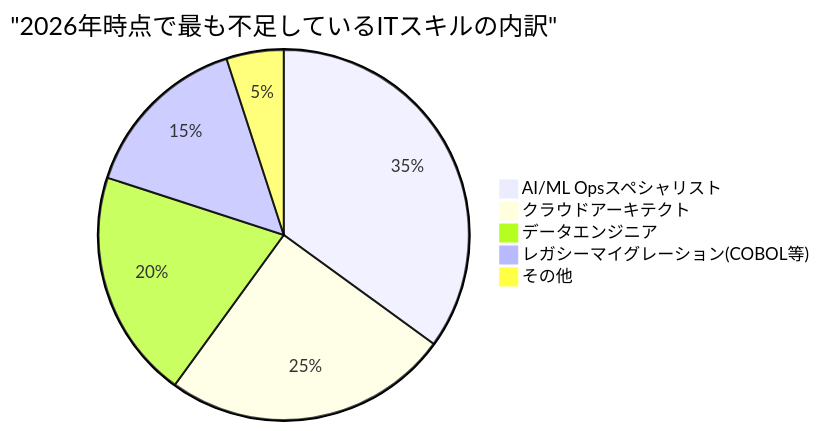
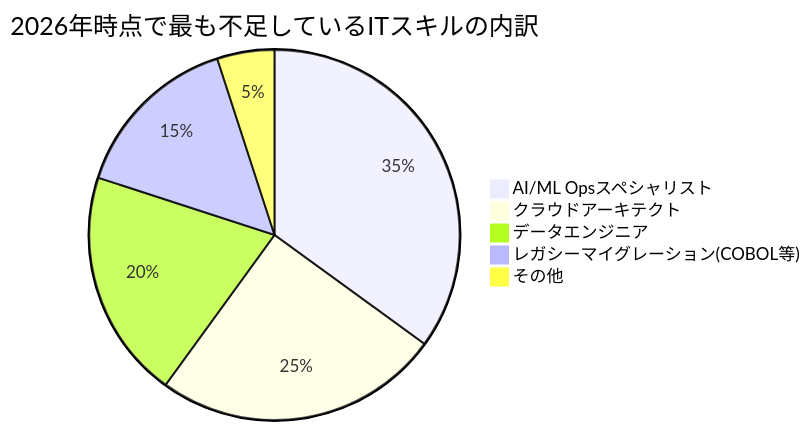
The second of 4 diagrams in content/post/it_talent_shortage_2026/index.md (kenjinote/blog), drawn with Mermaid before and after one commit. The commit also changed other lines of this file and 703 other files, not shown here.

Commit message:
Fix: Remove quotes from Mermaid link texts and timeline definitions to support Mermaid 11.4.1

````diff
--- a/content/post/it_talent_shortage_2026/index.md
+++ b/content/post/it_talent_shortage_2026/index.md
@@ -77,8 +77,8 @@
 ```mermaid
-pie title "2026年時点で最も不足しているITスキルの内訳"
+pie title 2026年時点で最も不足しているITスキルの内訳
     "AI/ML Opsスペシャリスト" : 35
     "クラウドアーキテクト" : 25
     "データエンジニア" : 20
     "レガシーマイグレーション(COBOL等)" : 15
     "その他" : 5
 ```
````
